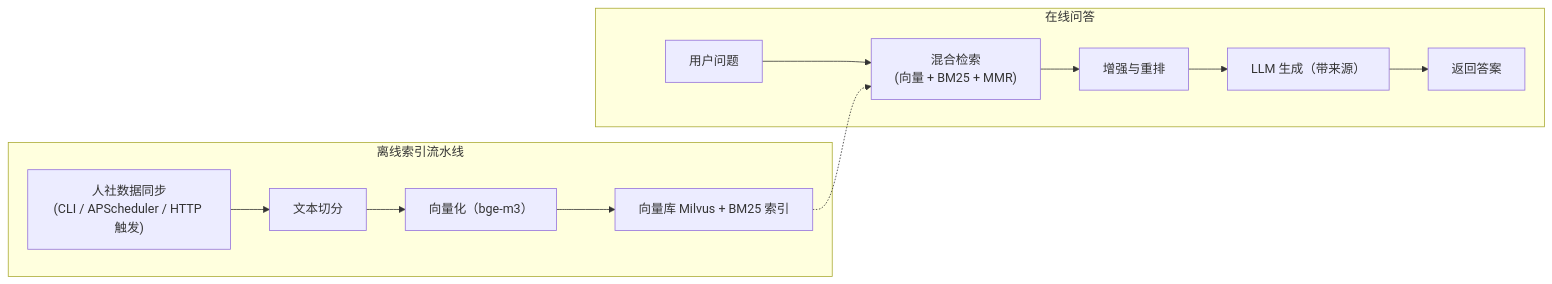
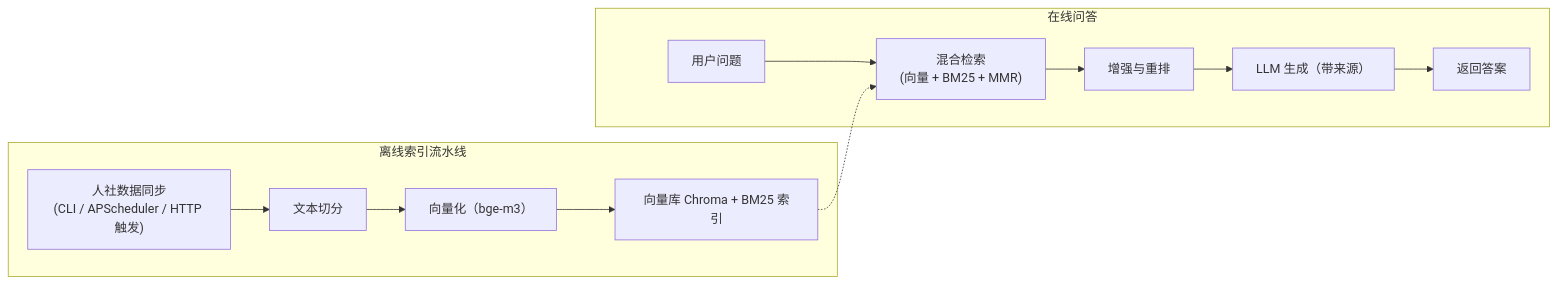
The third of 3 diagrams in README.md (chain-engine/x-QingChuan), drawn with Mermaid before and after one commit. The commit also changed other lines of this file and 9 other files, not shown here.

````diff
--- a/README.md
+++ b/README.md
@@ -182,17 +183,17 @@
 ```mermaid
 flowchart LR
     subgraph OFFLINE["离线索引流水线"]
         S1["人社数据同步<br/>(CLI / APScheduler / HTTP 触发)"] --> S2["文本切分"]
         S2 --> S3["向量化（bge-m3）"]
-        S3 --> S4["向量库 Milvus + BM25 索引"]
+        S3 --> S4["向量库 Chroma + BM25 索引"]
     end
 
     subgraph ONLINE["在线问答"]
         Q1["用户问题"] --> Q2["混合检索<br/>(向量 + BM25 + MMR)"]
         Q2 --> Q3["增强与重排"]
         Q3 --> Q4["LLM 生成（带来源）"]
         Q4 --> Q5["返回答案"]
     end
 
     S4 -.-> Q2
 ```
````
